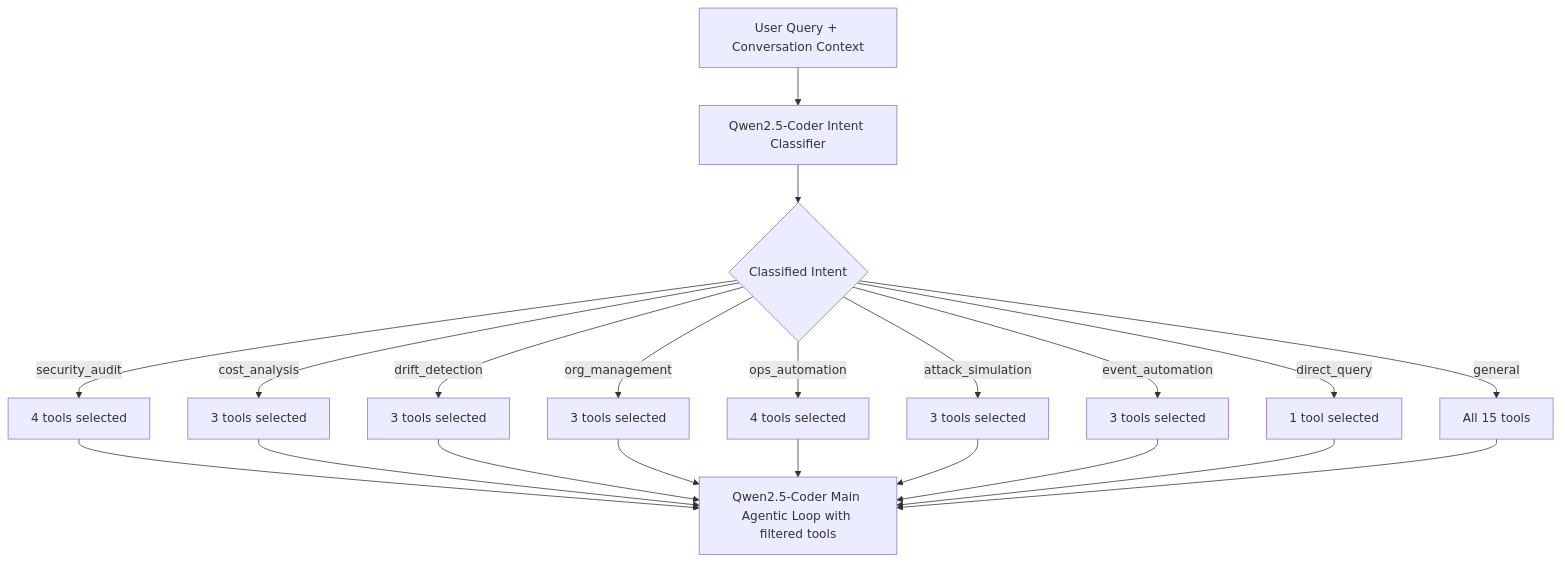
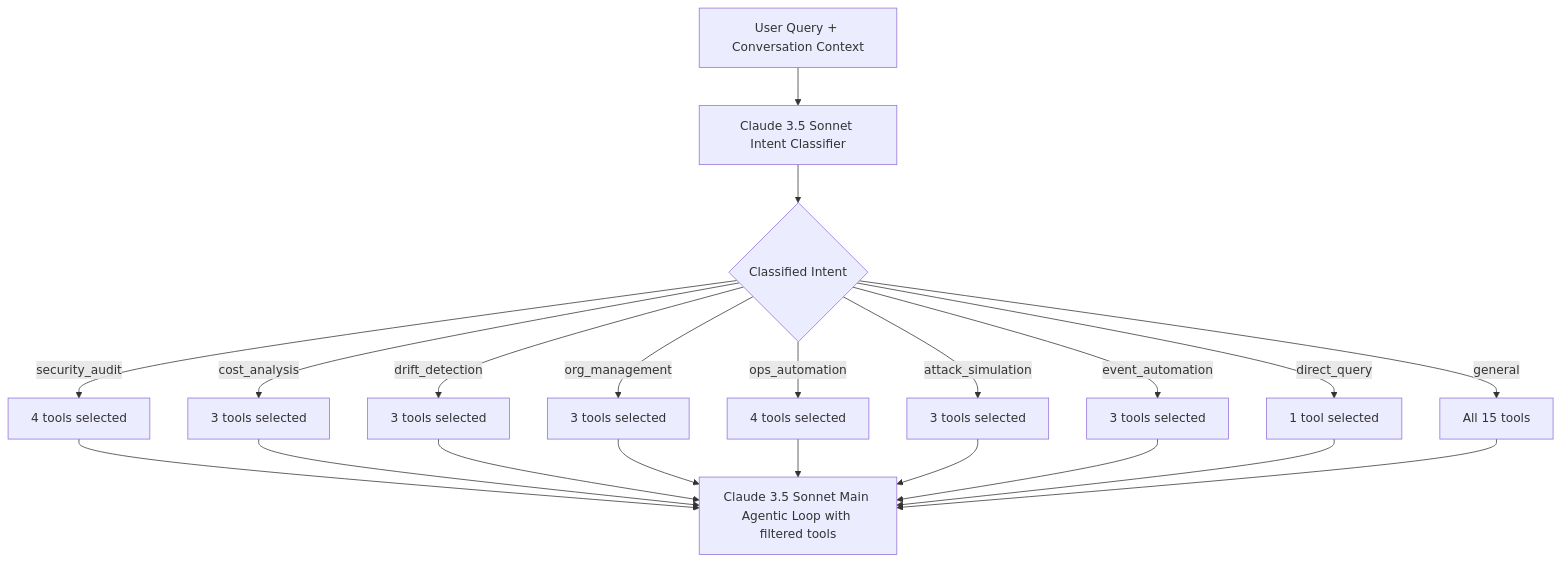
The sixth of 43 diagrams in TECHNICAL_DOCUMENTATION.md (ritvikindupuri/CloudPilot-AI---AWS-Security-Agent), drawn with Mermaid before and after one commit. The commit also changed other lines of this file and 2 other files, not shown here.

Commit message:
feat: migrate exclusively to Claude 3.5 Sonnet, implement Safety Gate Judge consensus checking, and update documentation

````diff
--- a/TECHNICAL_DOCUMENTATION.md
+++ b/TECHNICAL_DOCUMENTATION.md
@@ -593,23 +594,23 @@
 ```mermaid
 flowchart TD
-    A[User Query + Conversation Context] --> B[Qwen2.5-Coder Intent Classifier]
+    A[User Query + Conversation Context] --> B[Claude 3.5 Sonnet Intent Classifier]
     B --> C{Classified Intent}
     C -- security_audit --> D[4 tools selected]
     C -- cost_analysis --> E[3 tools selected]
     C -- drift_detection --> F[3 tools selected]
     C -- org_management --> G[3 tools selected]
     C -- ops_automation --> H[4 tools selected]
     C -- attack_simulation --> I[3 tools selected]
     C -- event_automation --> J[3 tools selected]
     C -- direct_query --> K[1 tool selected]
     C -- general --> L[All 15 tools]
-    D --> M[Qwen2.5-Coder Main Agentic Loop with filtered tools]
+    D --> M[Claude 3.5 Sonnet Main Agentic Loop with filtered tools]
     E --> M
     F --> M
     G --> M
     H --> M
     I --> M
     J --> M
     K --> M
     L --> M
 ```
````
